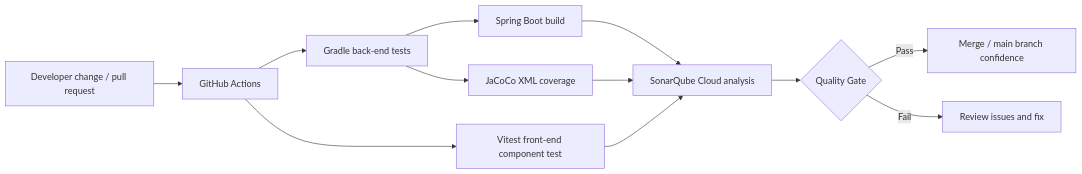
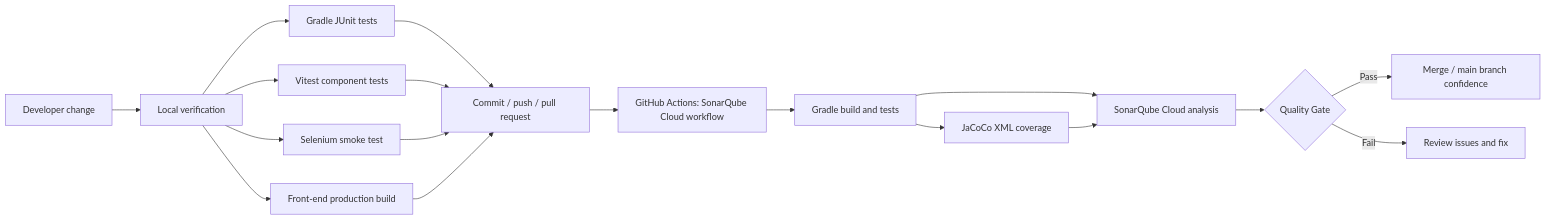
Before and after one commit to sdaly-ie/hivewatch-lite: the second of 2 diagrams in README.md, drawn with Mermaid. The commit also changed other lines of this file and 9 other files, not shown here.

Commit message:
Add frontend smoke test and UI polish

````diff
--- a/README.md
+++ b/README.md
@@ -228,14 +295,20 @@
 ```mermaid
 flowchart LR
-    A["Developer change / pull request"] --> B["GitHub Actions"]
-    B --> C["Gradle back-end tests"]
-    B --> D["Vitest front-end component test"]
-    C --> E["JaCoCo XML coverage"]
-    C --> F["Spring Boot build"]
-    F --> G["SonarQube Cloud analysis"]
-    E --> G
-    D --> G
-    G --> H{"Quality Gate"}
-    H -->|Pass| I["Merge / main branch confidence"]
-    H -->|Fail| J["Review issues and fix"]
+  A["Developer change"] --> B["Local verification"]
+  B --> C["Gradle JUnit tests"]
+  B --> D["Vitest component tests"]
+  B --> E["Selenium smoke test"]
+  B --> F["Front-end production build"]
+  C --> G["Commit / push / pull request"]
+  D --> G
+  E --> G
+  F --> G
+  G --> H["GitHub Actions: SonarQube Cloud workflow"]
+  H --> I["Gradle build and tests"]
+  I --> J["JaCoCo XML coverage"]
+  I --> K["SonarQube Cloud analysis"]
+  J --> K
+  K --> L{"Quality Gate"}
+  L -->|Pass| M["Merge / main branch confidence"]
+  L -->|Fail| N["Review issues and fix"]
 ```
````
